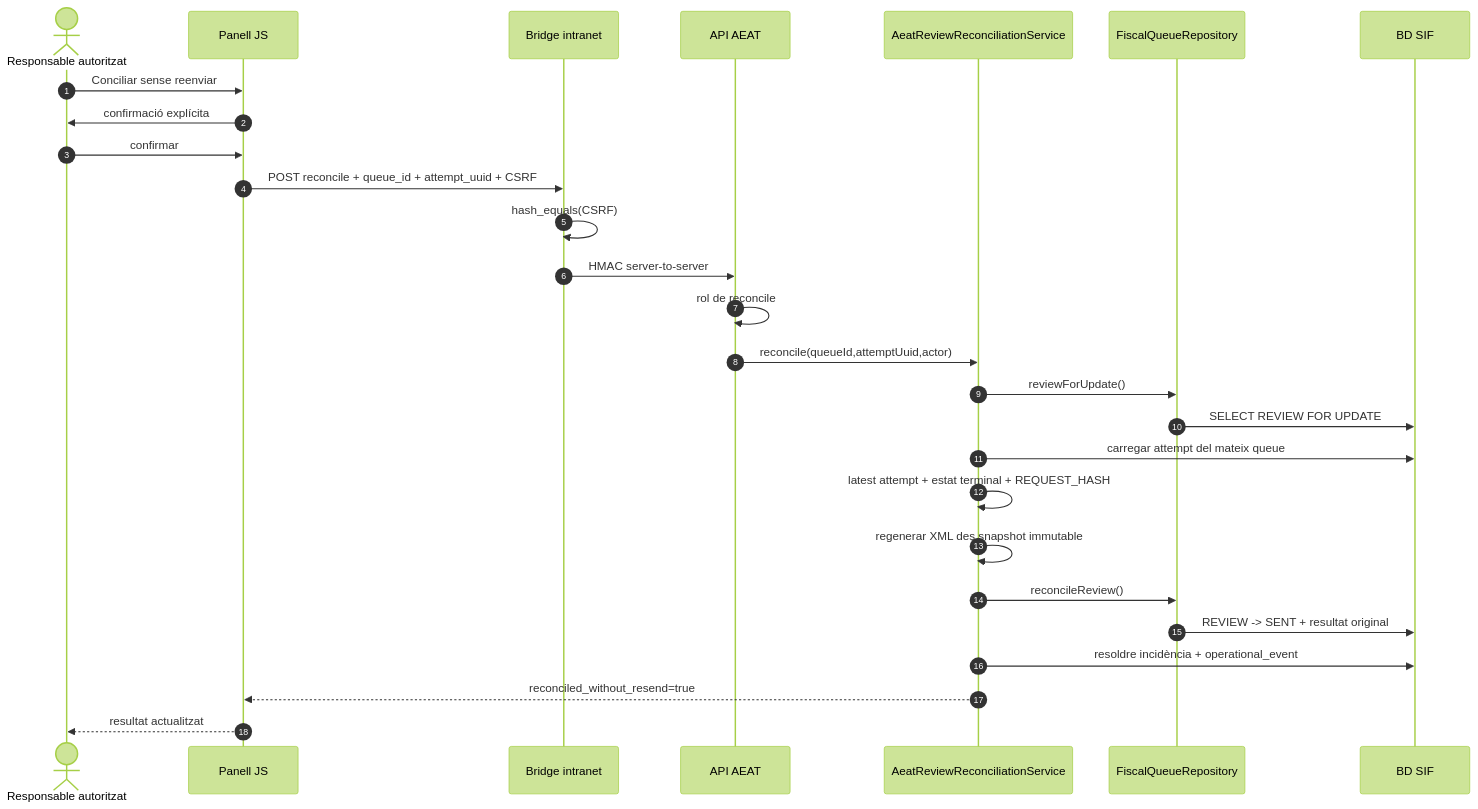
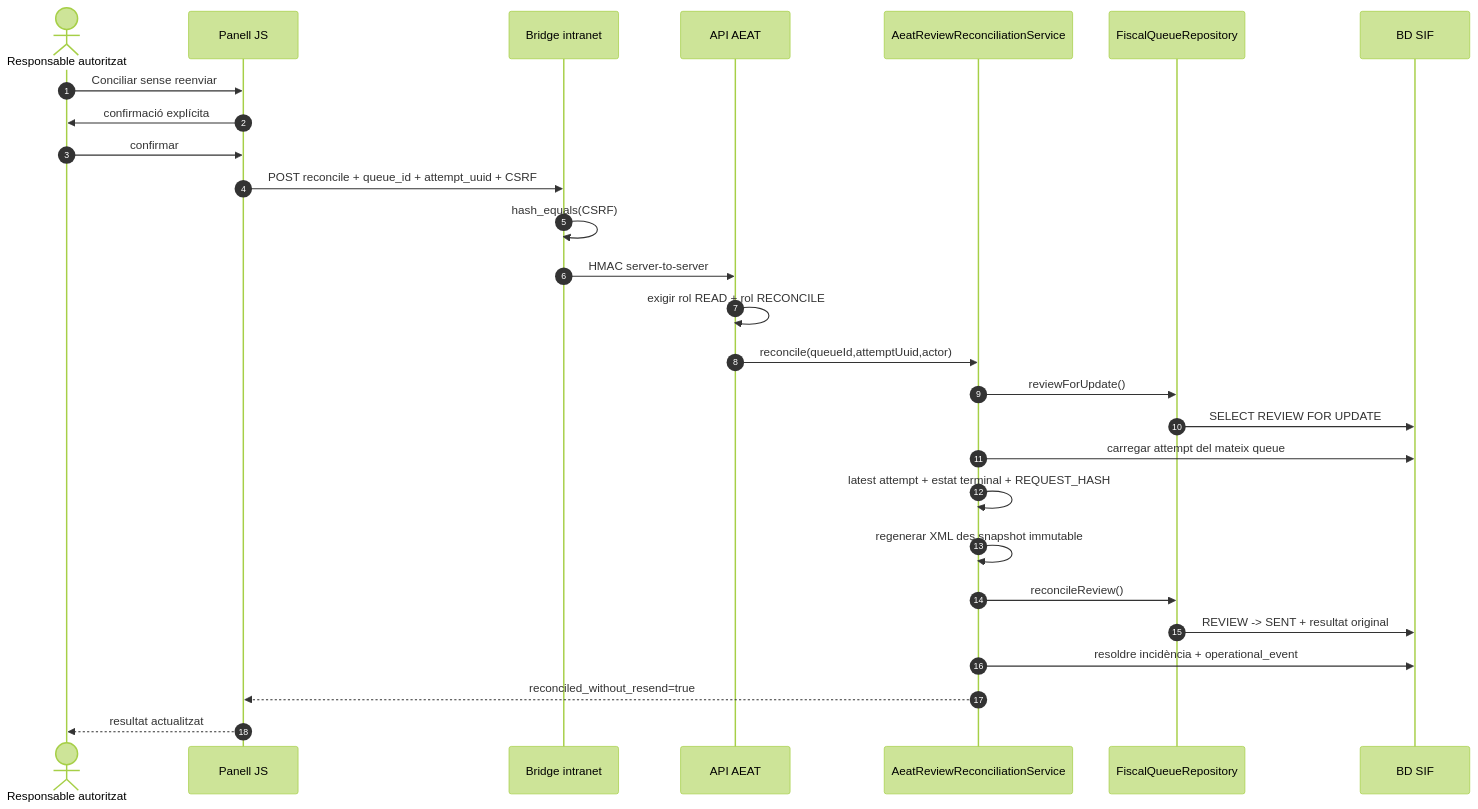
One commit to orgmeriemprismacat-del/verifactu changed the seventh of 11 diagrams in documentacio/07-uml-integrat/uc-009-sequencies-actual-final.md. Above: the diagram before and after it, drawn with Mermaid (forest theme). The commit also changed other lines of this file, not shown here.

Commit message:
docs(UC-009): actualitzar sequencies per doble rol i evidence ownership

````diff
--- a/documentacio/07-uml-integrat/uc-009-sequencies-actual-final.md
+++ b/documentacio/07-uml-integrat/uc-009-sequencies-actual-final.md
@@ -201,30 +207,30 @@
 ```mermaid
 sequenceDiagram
 autonumber
 actor U as Responsable autoritzat
 participant JS as Panell JS
 participant B as Bridge intranet
 participant API as API AEAT
 participant S as AeatReviewReconciliationService
 participant Q as FiscalQueueRepository
 participant DB as BD SIF
 
 U->>JS: Conciliar sense reenviar
 JS->>U: confirmació explícita
 U->>JS: confirmar
 JS->>B: POST reconcile + queue_id + attempt_uuid + CSRF
 B->>B: hash_equals(CSRF)
 B->>API: HMAC server-to-server
-API->>API: rol de reconcile
+API->>API: exigir rol READ + rol RECONCILE
 API->>S: reconcile(queueId,attemptUuid,actor)
 S->>Q: reviewForUpdate()
 Q->>DB: SELECT REVIEW FOR UPDATE
 S->>DB: carregar attempt del mateix queue
 S->>S: latest attempt + estat terminal + REQUEST_HASH
 S->>S: regenerar XML des snapshot immutable
 S->>Q: reconcileReview()
 Q->>DB: REVIEW -> SENT + resultat original
 S->>DB: resoldre incidència + operational_event
 S-->>JS: reconciled_without_resend=true
 JS-->>U: resultat actualitzat
 ```
````
